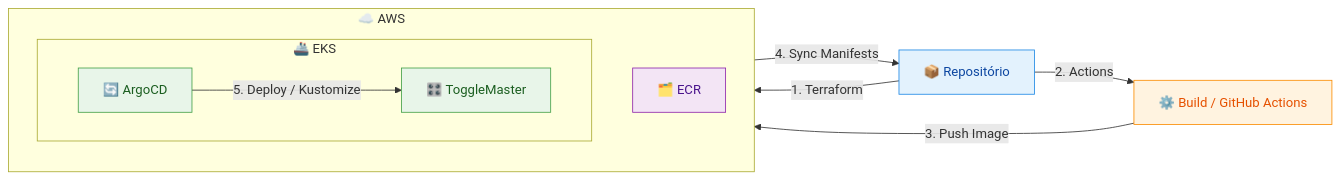
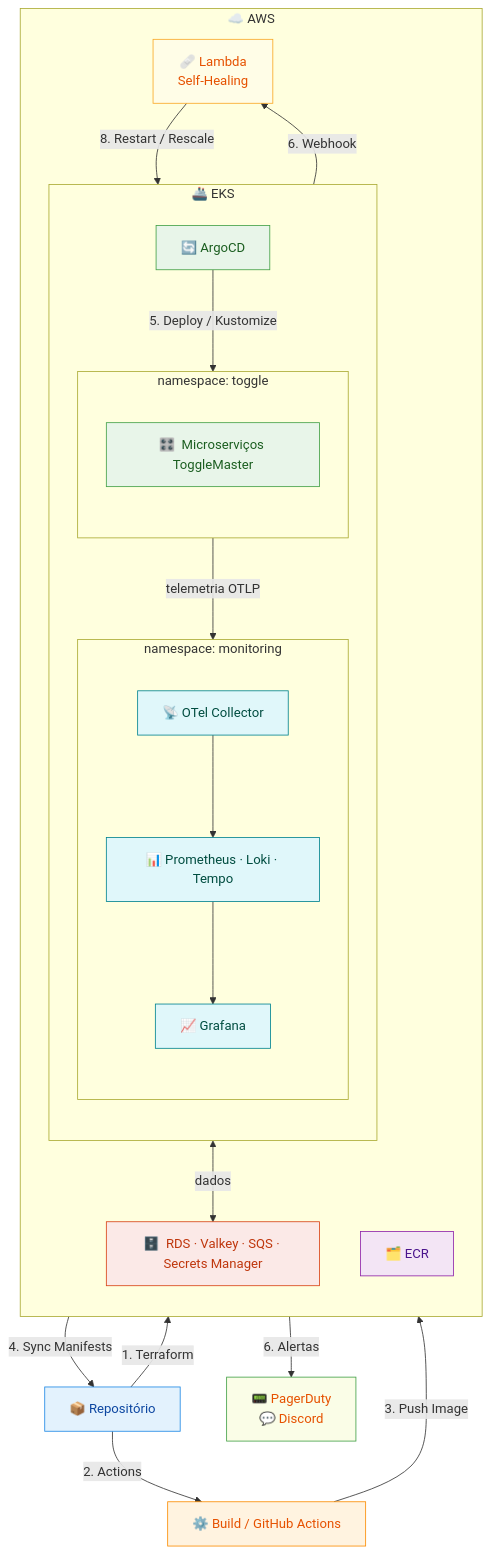
The diagram in README.md (diasdmhub/fiap-toggle-master-stack), drawn with Mermaid before and after one commit. The commit also changed other lines of this file and 1 other file, not shown here.

````diff
--- a/README.md
+++ b/README.md
@@ -38,35 +38,62 @@
 ```mermaid
-flowchart LR
+flowchart TB
     %% Styles
     classDef repo fill:#E3F2FD,stroke:#1E88E5,color:#0D47A1
     classDef ci fill:#FFF3E0,stroke:#FB8C00,color:#E65100
     classDef aws fill:#F3E5F5,stroke:#8E24AA,color:#4A148C
     classDef deploy fill:#E8F5E9,stroke:#43A047,color:#1B5E20
-
+    classDef data fill:#FBE9E7,stroke:#D84315,color:#BF360C
+    classDef mon fill:#E0F7FA,stroke:#00838F,color:#004D40
+    classDef lambda fill:#FFFDE7,stroke:#F9A825,color:#E65100
+    classDef alert fill:#FAFDE7,stroke:#43A047,color:#E65100
+ 
     %% Source
     A["📦 Repositório"]:::repo
 
     %% CI/CD
     B["⚙️ Build / GitHub Actions"]:::ci
 
     %% AWS Area
     subgraph AWS["☁️ AWS"]
         direction TB
 
-        ECR["🗂️ ECR"]:::aws
+        ECR["🗂️  ECR"]:::aws
 
         subgraph EKS["🚢 EKS"]
-            direction LR
+            direction TB
+            ArgoCD["🔄 ArgoCD"]:::deploy
 
-            ArgoCD["🔄 ArgoCD"]:::deploy
-            C["🎛️ ToggleMaster"]:::deploy
+            subgraph NSTOGGLE["namespace: toggle"]
+                direction TB
+                C["🎛️  Microserviços ToggleMaster"]:::deploy
+            end
+
+            subgraph NSMON["namespace: monitoring"]
+                direction TB
+                OTEL["📡 OTel Collector"]:::mon
+                PLT["📊 Prometheus · Loki · Tempo"]:::mon
+                GRAF["📈 Grafana"]:::mon
+            end
         end
+
+        DATA["🗄️  RDS · Valkey · SQS · Secrets Manager"]:::data
+        LAMBDA["🩹 Lambda\nSelf-Healing"]:::lambda
     end
+
+    %% External Alert
+    NOTIFY["📟 PagerDuty\n💬 Discord"]:::alert
 
     %% Flow
     A -->|"1. Terraform"| AWS
     A -->|"2. Actions"| B
     B -->|"3. Push Image"| ECR
     ArgoCD -->|"4. Sync Manifests"| A
     ArgoCD -->|"5. Deploy / Kustomize"| C
+    C <-->|"dados"| DATA
+    C -->|"telemetria OTLP"| OTEL
+    OTEL --> PLT
+    PLT --> GRAF
+    GRAF -->|"6. Webhook"| LAMBDA
+    GRAF -->|"6. Alertas"| NOTIFY
+    LAMBDA -->|"8. Restart / Rescale"| C
 ```
````
